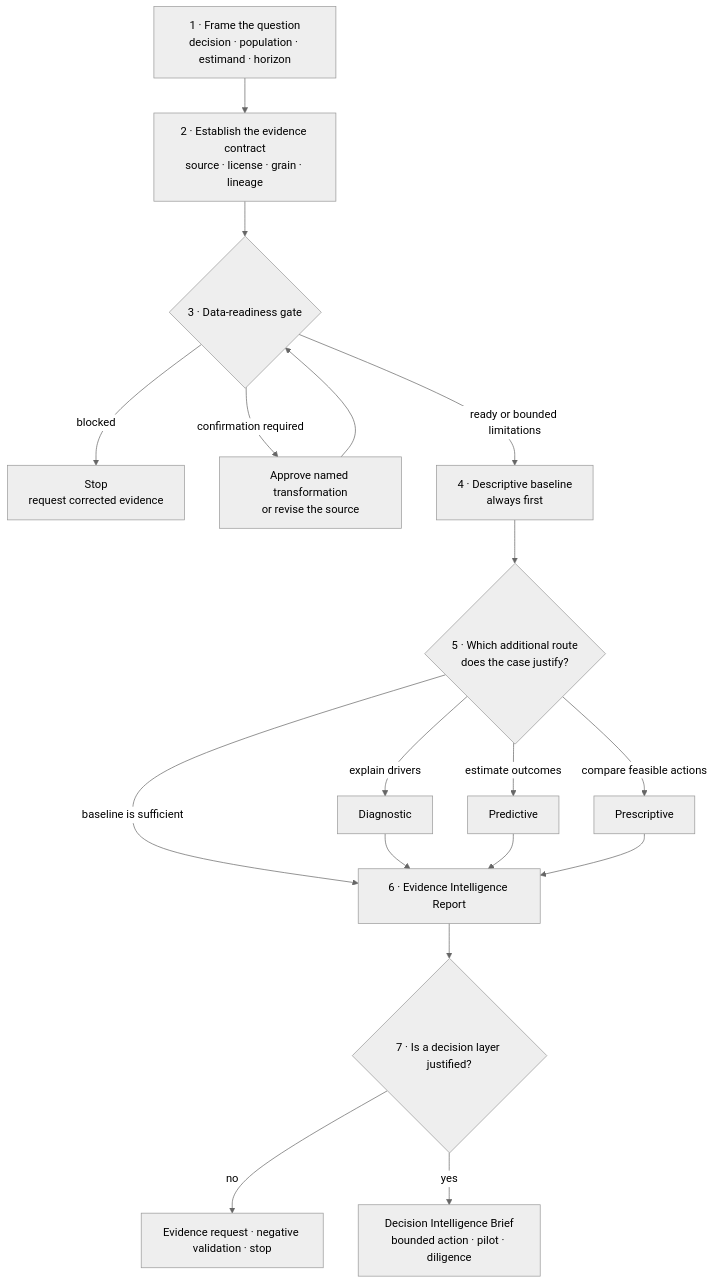
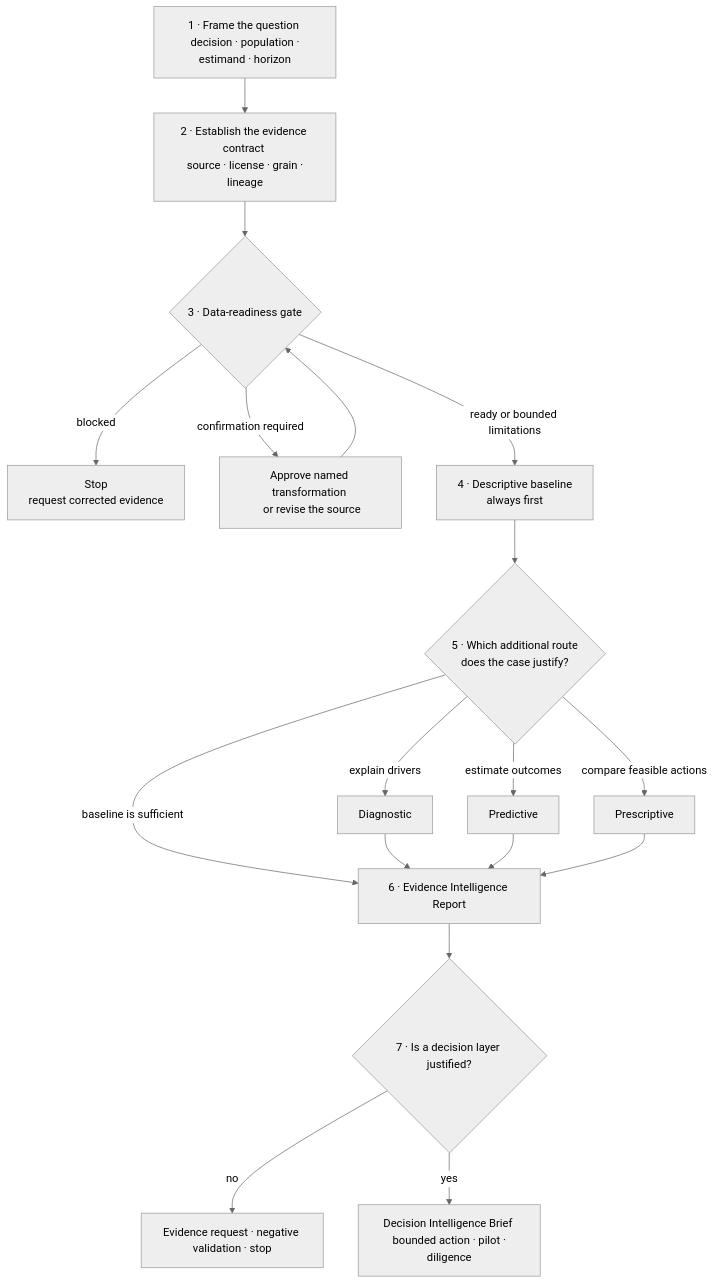
One commit to limingrui679-design/high-stakes-analytics-decision-lab changed the first of 2 diagrams in README.md. Above: the diagram before and after it, drawn with Mermaid (neutral theme). The commit also changed other lines of this file and 12 other files, not shown here.

````diff
--- a/README.md
+++ b/README.md
@@ -57,20 +57,20 @@
 ```mermaid
 flowchart TD
-    Q["1 · Frame the question<br/>decision · population · estimand · horizon"] --> S["2 · Establish the evidence contract<br/>source · license · grain · lineage"]
+    Q["1 · Frame the question <br/> decision · population · estimand · horizon"] --> S["2 · Establish the evidence contract <br/> source · license · grain · lineage"]
     S --> G{"3 · Data-readiness gate"}
-    G -->|"blocked"| X["Stop<br/>request corrected evidence"]
-    G -->|"confirmation required"| U["Approve named transformation<br/>or revise the source"]
+    G -->|"blocked"| X["Stop <br/> request corrected evidence"]
+    G -->|"confirmation required"| U["Approve named transformation <br/> or revise the source"]
     U --> G
-    G -->|"ready or bounded limitations"| D["4 · Descriptive baseline<br/>always first"]
-    D --> R{"5 · Which additional route<br/>does the case justify?"}
+    G -->|"ready or bounded limitations"| D["4 · Descriptive baseline <br/> always first"]
+    D --> R{"5 · Which additional route <br/> does the case justify?"}
     R -->|"explain drivers"| A["Diagnostic"]
     R -->|"estimate outcomes"| P["Predictive"]
     R -->|"compare feasible actions"| O["Prescriptive"]
     R -->|"baseline is sufficient"| E["6 · Evidence Intelligence Report"]
     A --> E
     P --> E
     O --> E
     E --> J{"7 · Is a decision layer justified?"}
     J -->|"no"| N["Evidence request · negative validation · stop"]
-    J -->|"yes"| B["Decision Intelligence Brief<br/>bounded action · pilot · diligence"]
+    J -->|"yes"| B["Decision Intelligence Brief <br/> bounded action · pilot · diligence"]
 ```
````
